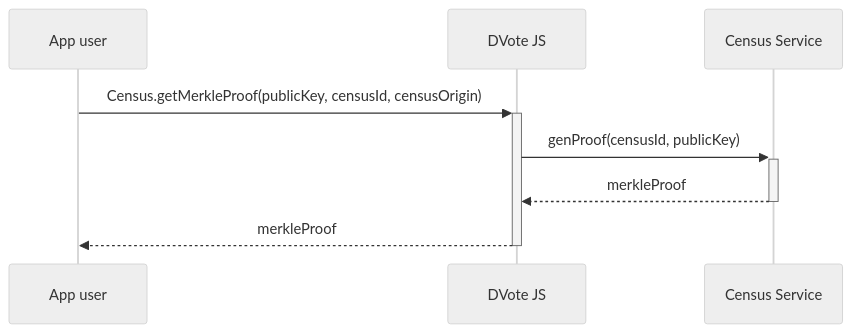
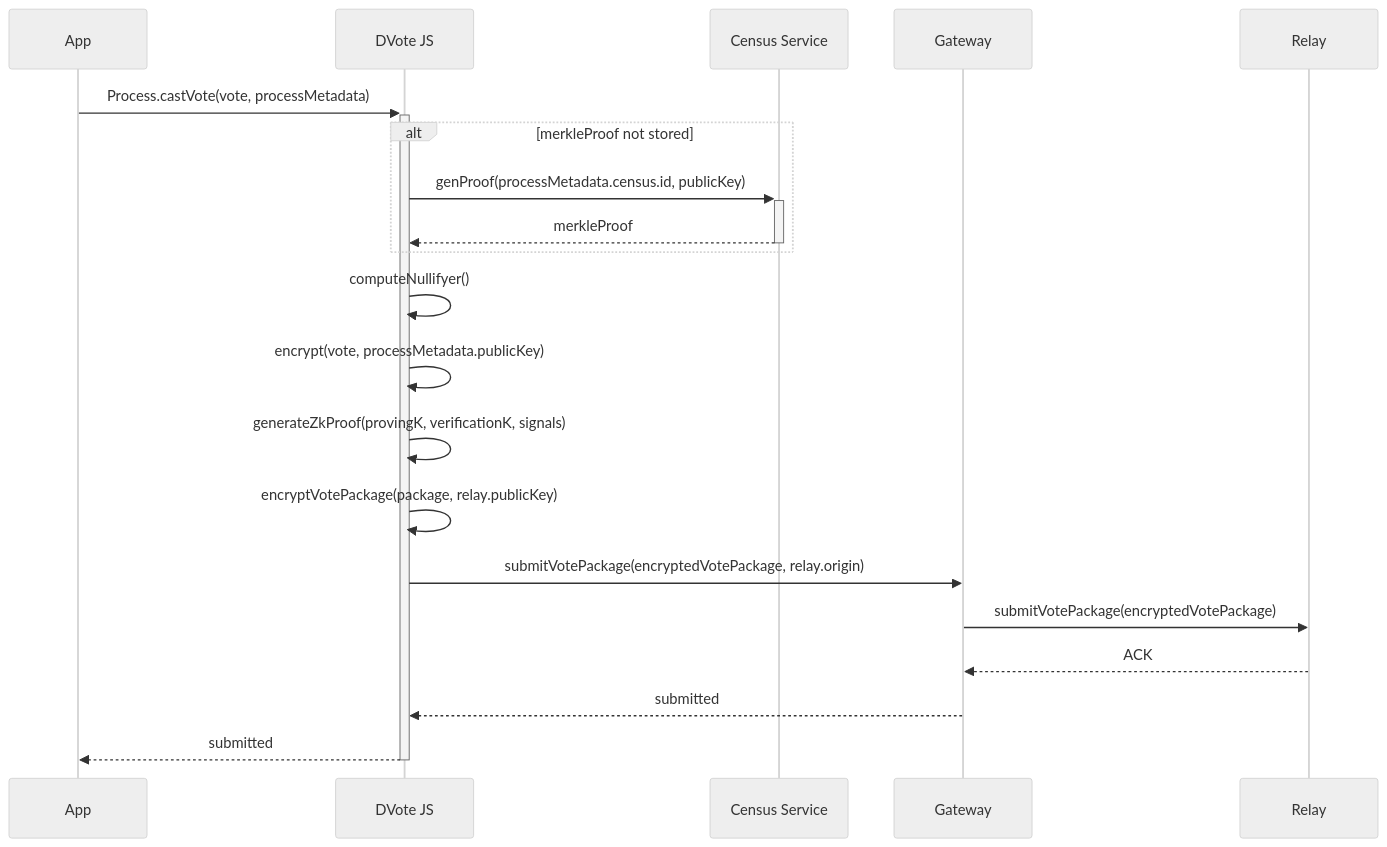
The tenth of 10 diagrams in docs/protocol/sequence-diagrams.md (vocdoni/docs), drawn with Mermaid (neutral theme) before and after one commit. The commit also changed other lines of this file and 1 other file, not shown here.

Commit message:
Definig the ZK Snarks vote generation

````diff
--- a/docs/protocol/sequence-diagrams.md
+++ b/docs/protocol/sequence-diagrams.md
@@ -280,13 +277,36 @@
 ```mermaid
 sequenceDiagram
-    participant App as App user
+
+    participant App
     participant DV as DVote JS
     participant CS as Census Service
+    participant GW as Gateway
+    participant RL as Relay
 
-    App->>+DV: Census.getMerkleProof(publicKey, censusId, censusOrigin)
+    App->>+DV: Process.castVote(vote, processMetadata)
 
-        DV->>+CS: genProof(censusId, publicKey)
-        CS-->>-DV: merkleProof
+        alt merkleProof not stored
 
-    DV-->>-App: merkleProof
+            DV->>+CS: genProof(processMetadata.census.id, publicKey)
+            CS-->>-DV: merkleProof
+
+        end
+
+        DV->>DV: computeNullifyer()
+
+        DV->>DV: encrypt(vote, processMetadata.publicKey)
+
+        DV->>DV: generateZkProof(provingK, verificationK, signals)
+
+        DV->>DV: encryptVotePackage(package, relay.publicKey)
+
+        DV->>GW: submitVotePackage(encryptedVotePackage, relay.origin)
+            
+            GW->>RL: submitVotePackage(encryptedVotePackage)
+            RL-->>GW: ACK
+        
+        GW-->>DV: submitted
+
+    DV-->>-App: submitted
+
 ```
````
